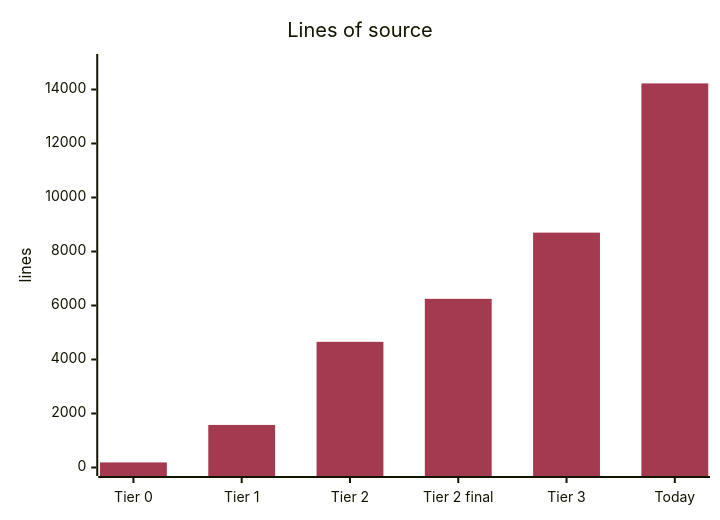
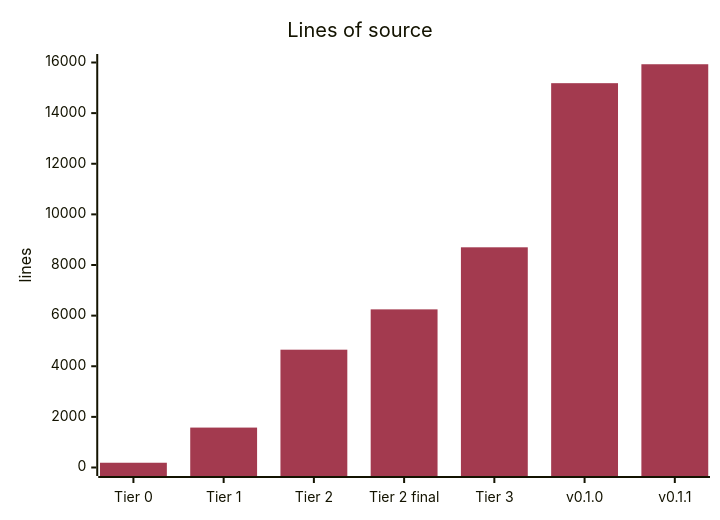
The third of 4 diagrams in README.md (ruseellkj/omega), drawn with Mermaid before and after one commit. The commit also changed other lines of this file and 1 other file, not shown here.

````diff
--- a/README.md
+++ b/README.md
@@ -245,8 +245,8 @@
 ```mermaid
 %%{init: {"themeVariables": {"xyChart": {"plotColorPalette": "#A33A4F"}}}}%%
 xychart-beta
     title "Lines of source"
-    x-axis ["Tier 0", "Tier 1", "Tier 2", "Tier 2 final", "Tier 3", "Today"]
-    y-axis "lines" 0 --> 15000
-    bar [188, 1577, 4654, 6247, 8699, 14226]
+    x-axis ["Tier 0", "Tier 1", "Tier 2", "Tier 2 final", "Tier 3", "v0.1.0", "v0.1.1"]
+    y-axis "lines" 0 --> 16000
+    bar [188, 1577, 4654, 6247, 8699, 15183, 15931]
 ```
````
